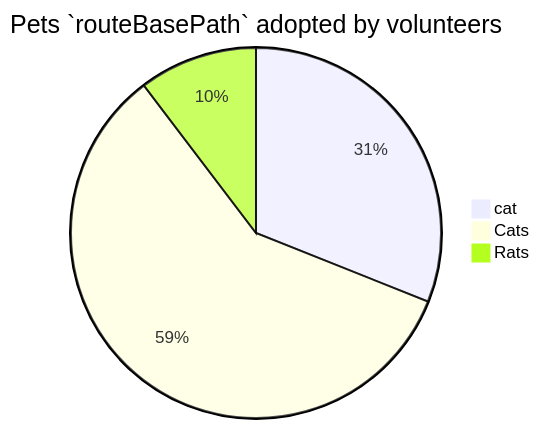
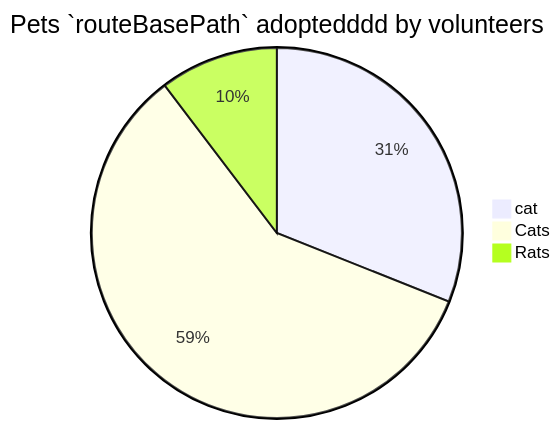
Before and after one commit to Noaozer/NoaRepo: the diagram in .swm/fd.qgyhxits.sw.md, drawn with Mermaid. The commit also changed other lines of this file, not shown here.

Commit message:
docs(swimm): update doc: "fd"

````diff
--- a/.swm/fd.qgyhxits.sw.md
+++ b/.swm/fd.qgyhxits.sw.md
@@ -9,7 +9,7 @@
 ```mermaid
-pie title Pets `routeBasePath` adopted by volunteers
+pie title Pets `routeBasePath` adoptedddd by volunteers
 "cat" : 45
 "Cats" : 85
 "Rats" : 15
 
 ```
````
